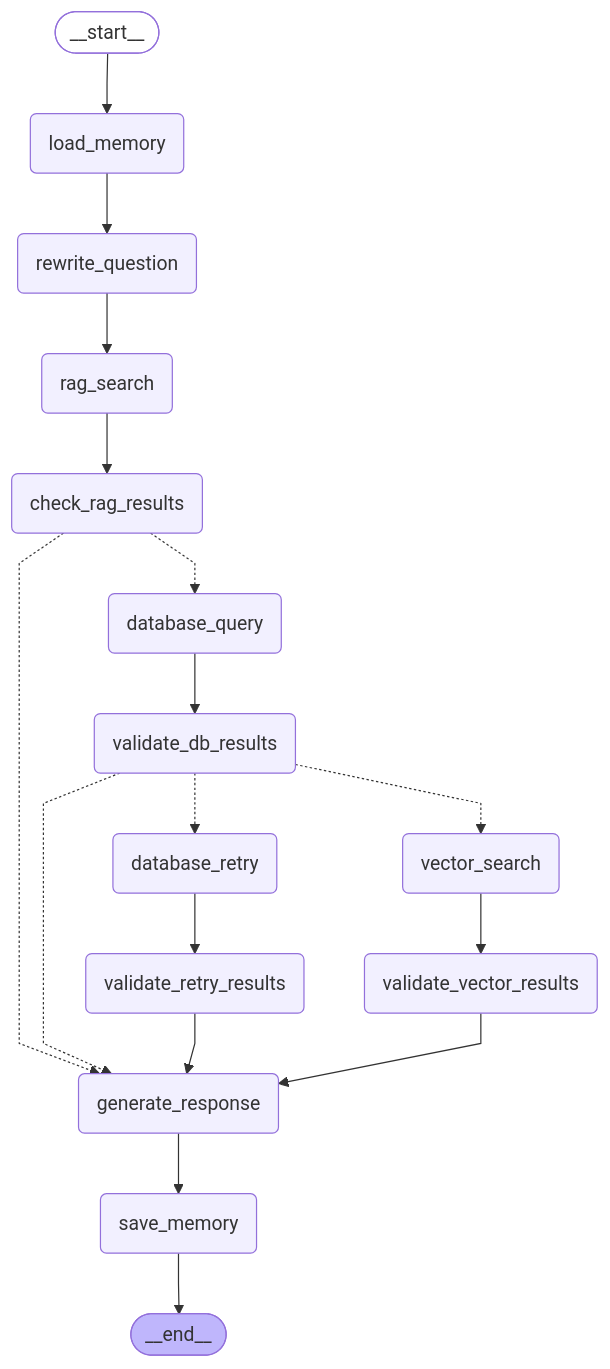
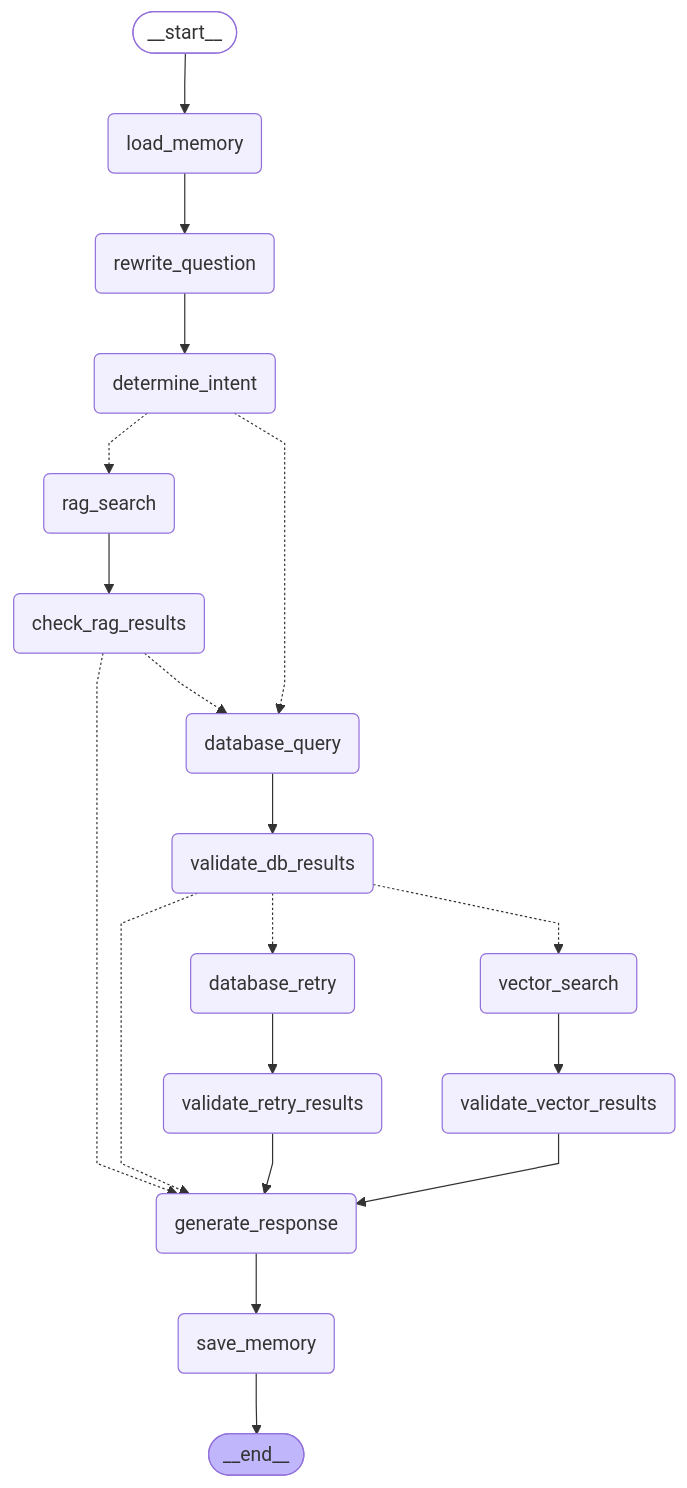
Before and after one commit to Alex-Du-1020/Kangni-agents: the diagram in docs/workflow_graph.mermaid, drawn with Mermaid. The commit also changed 7 other files, not shown here.

```diff
--- a/docs/workflow_graph.mermaid
+++ b/docs/workflow_graph.mermaid
@@ -1,39 +1,42 @@
 ---
 config:
   flowchart:
     curve: linear
 ---
 graph TD;
 	__start__([<p>__start__</p>]):::first
 	load_memory(load_memory)
 	rewrite_question(rewrite_question)
+	determine_intent(determine_intent)
 	rag_search(rag_search)
 	check_rag_results(check_rag_results)
 	database_query(database_query)
 	validate_db_results(validate_db_results)
 	database_retry(database_retry)
 	validate_retry_results(validate_retry_results)
 	vector_search(vector_search)
 	validate_vector_results(validate_vector_results)
 	generate_response(generate_response)
 	save_memory(save_memory)
 	__end__([<p>__end__</p>]):::last
 	__start__ --> load_memory;
 	check_rag_results -.-> database_query;
 	check_rag_results -.-> generate_response;
 	database_query --> validate_db_results;
 	database_retry --> validate_retry_results;
+	determine_intent -.-> database_query;
+	determine_intent -.-> rag_search;
 	generate_response --> save_memory;
 	load_memory --> rewrite_question;
 	rag_search --> check_rag_results;
-	rewrite_question --> rag_search;
+	rewrite_question --> determine_intent;
 	validate_db_results -.-> database_retry;
 	validate_db_results -.-> generate_response;
 	validate_db_results -.-> vector_search;
 	validate_retry_results --> generate_response;
 	validate_vector_results --> generate_response;
 	vector_search --> validate_vector_results;
 	save_memory --> __end__;
 	classDef default fill:#f2f0ff,line-height:1.2
 	classDef first fill-opacity:0
 	classDef last fill:#bfb6fc
```
